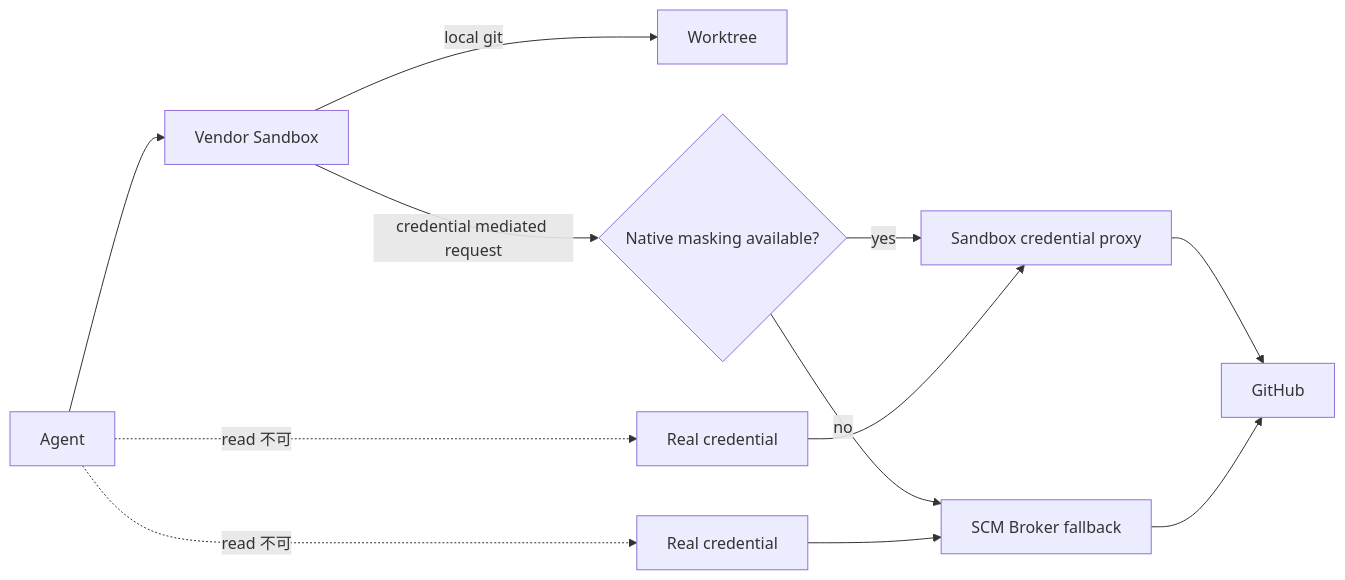
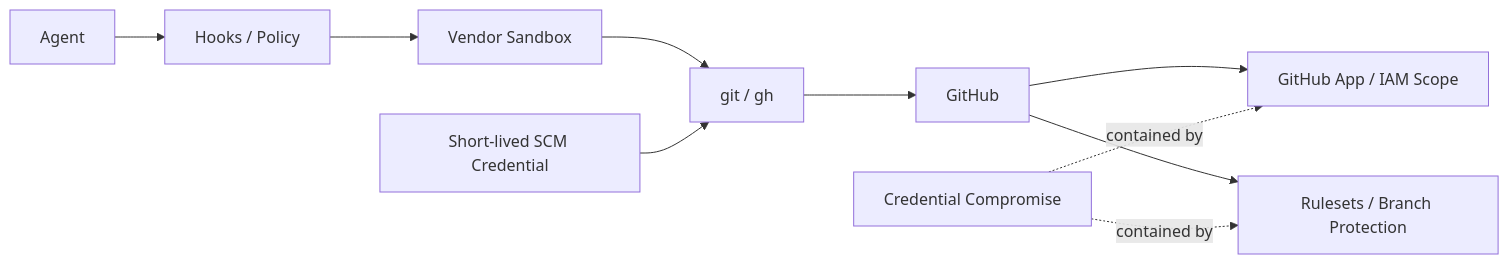
One commit to tomo-chan/agent-harness changed the diagram in docs/ja/decisions/DL-011-sandbox-first-credential-isolation.md. Above: the diagram before and after it, drawn with Mermaid. The commit also changed other lines of this file, not shown here.

````diff
--- a/docs/ja/decisions/DL-011-sandbox-first-credential-isolation.md
+++ b/docs/ja/decisions/DL-011-sandbox-first-credential-isolation.md
@@ -17,14 +13,12 @@
 ```mermaid
 flowchart LR
-    A[Agent] --> S[Vendor Sandbox]
-    S -->|local git| W[Worktree]
-    S -->|credential mediated request| M{Native masking available?}
-    M -->|yes| P[Sandbox credential proxy]
-    M -->|no| B[SCM Broker fallback]
-    P --> GH[GitHub]
-    B --> GH
-    C[Real credential] --> P
-    C2[Real credential] --> B
-    A -. read 不可 .-> C
-    A -. read 不可 .-> C2
+    A[Agent] --> H[Hooks / Policy]
+    H --> S[Vendor Sandbox]
+    S --> G[git / gh]
+    G --> GH[GitHub]
+    C[Short-lived SCM Credential] --> G
+    GH --> I[GitHub App / IAM Scope]
+    GH --> R[Rulesets / Branch Protection]
+    X[Credential Compromise] -. contained by .-> I
+    X -. contained by .-> R
 ```
````
